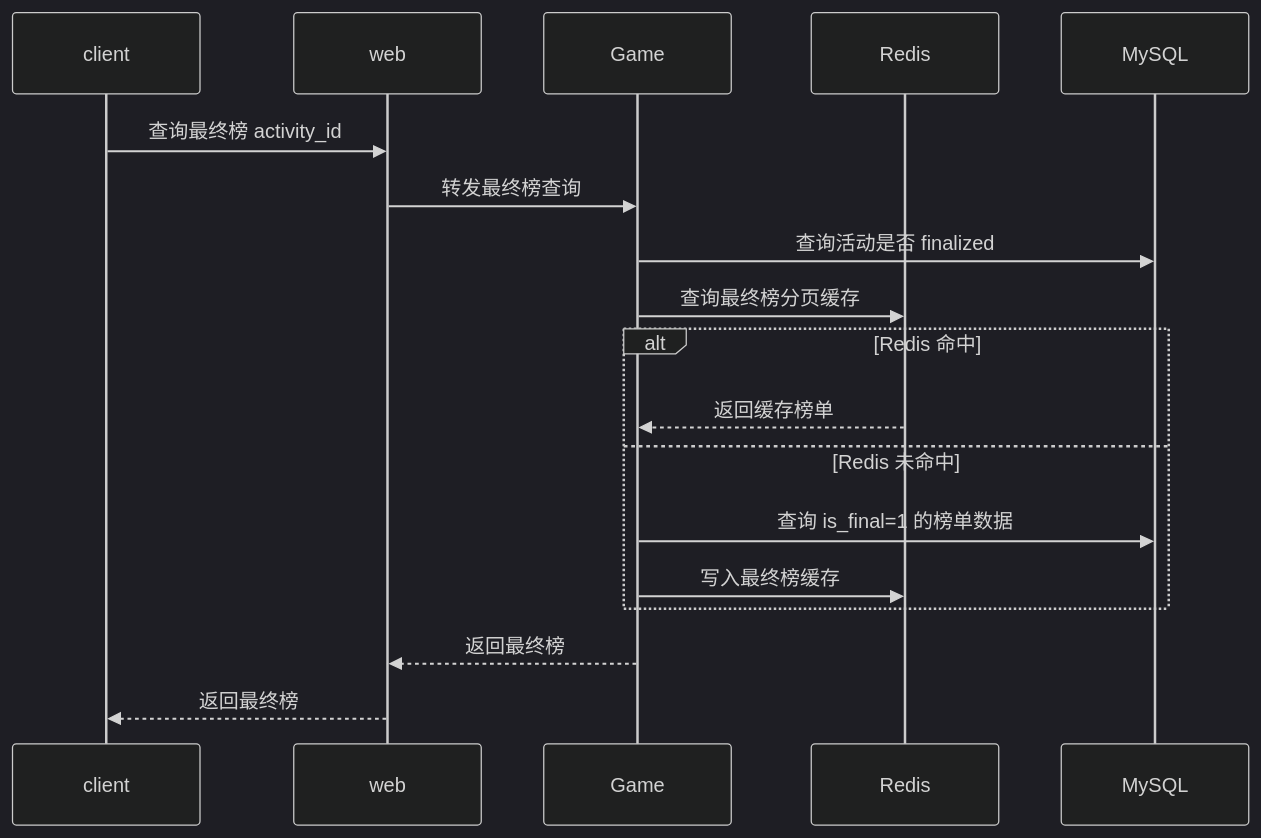
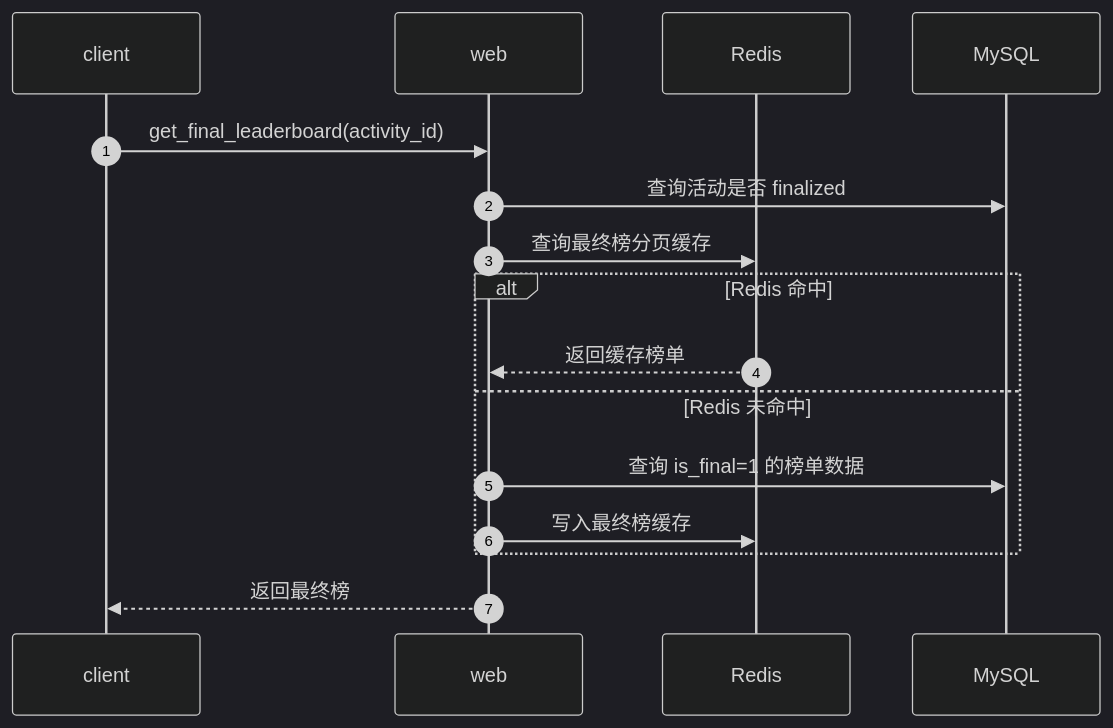
Before and after one commit to zdl20251023-pixel/agent-frame: diagram 11 of 12 in docs/复述扑克/评审02/02-设计文档.md, drawn with Mermaid (dark theme). The commit also changed other lines of this file and 1 other file, not shown here.

````diff
--- a/docs/复述扑克/评审02/02-设计文档.md
+++ b/docs/复述扑克/评审02/02-设计文档.md
@@ -384,23 +489,21 @@
 ```mermaid
 sequenceDiagram
+    autonumber
     participant client
     participant web
-    participant Game
     participant Redis
     participant MySQL
 
-    client->>web: 查询最终榜 activity_id
-    web->>Game: 转发最终榜查询
-    Game->>MySQL: 查询活动是否 finalized
-    Game->>Redis: 查询最终榜分页缓存
+    client->>web: get_final_leaderboard(activity_id)
+    web->>MySQL: 查询活动是否 finalized
+    web->>Redis: 查询最终榜分页缓存
 
     alt Redis 命中
-        Redis-->>Game: 返回缓存榜单
+        Redis-->>web: 返回缓存榜单
     else Redis 未命中
-        Game->>MySQL: 查询 is_final=1 的榜单数据
-        Game->>Redis: 写入最终榜缓存
+        web->>MySQL: 查询 is_final=1 的榜单数据
+        web->>Redis: 写入最终榜缓存
     end
 
-    Game-->>web: 返回最终榜
     web-->>client: 返回最终榜
 ```
````
